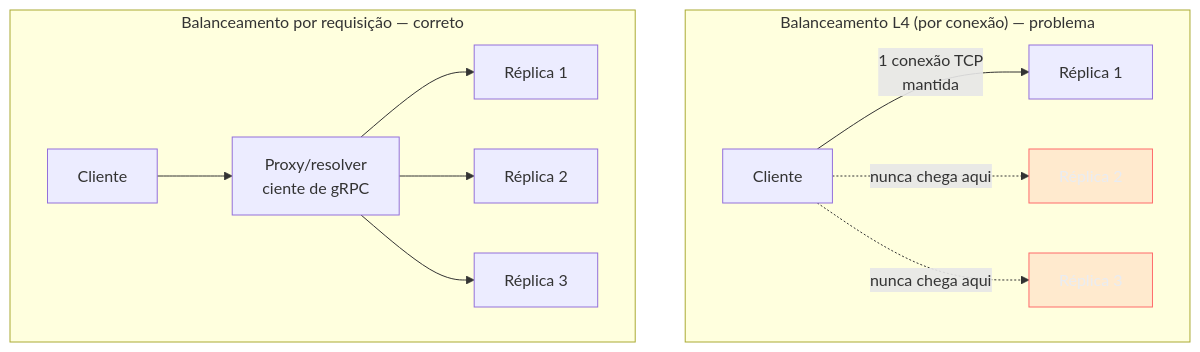
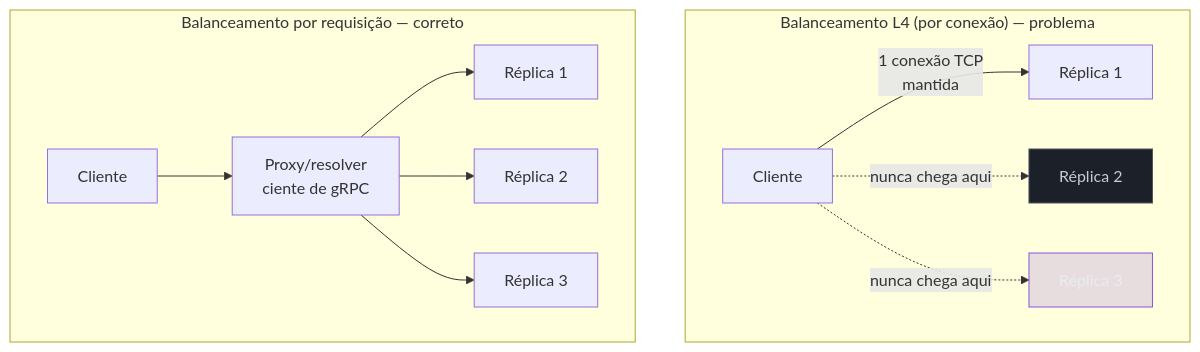
The fifth of 5 diagrams in 03-Dominios/Tecnologia/Go/12 - gRPC e protobuf/07 - gRPC em produção.md (josenaldo/codex-technomanticus), drawn with Mermaid before and after one commit. The commit also changed other lines of this file and 601 other files, not shown here.

````diff
--- a/03-Dominios/Tecnologia/Go/12 - gRPC e protobuf/07 - gRPC em produção.md
+++ b/03-Dominios/Tecnologia/Go/12 - gRPC e protobuf/07 - gRPC em produção.md
@@ -329,21 +329,22 @@
 ```mermaid
 flowchart TB
-    classDef falha fill:#FF6B6B24,stroke:#FF6B6B,color:#E9ECF2
+    classDef marca fill:#8855DF33,stroke:#8855DF,color:#E9ECF2
+    classDef neutro fill:#1B2029,stroke:#4E5666,color:#C6CCD8
     subgraph "Balanceamento L4 (por conexão) — problema"
         C1["Cliente"] -->|"1 conexão TCP\nmantida"| R1["Réplica 1"]
         R2b["Réplica 2"]
         R3b["Réplica 3"]
         C1 -.->|"nunca chega aqui"| R2b
         C1 -.->|"nunca chega aqui"| R3b
     end
 
     subgraph "Balanceamento por requisição — correto"
         C2["Cliente"] --> P["Proxy/resolver\nciente de gRPC"]
         P --> R1b["Réplica 1"]
         P --> R2c["Réplica 2"]
         P --> R3c["Réplica 3"]
     end
 
-    class R2b falha
-    class R3b falha
+    class R2b neutro
+    class R3b marca
 ```
````
